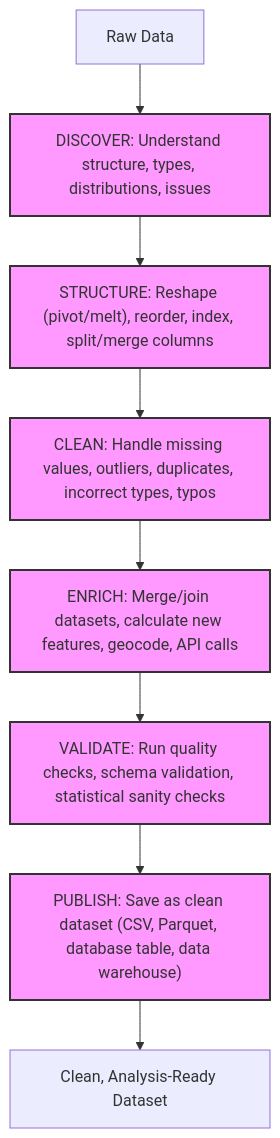
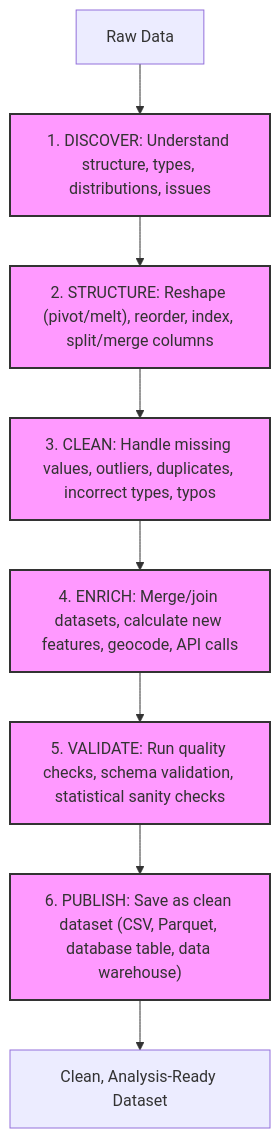
Before and after one commit to amantaya/Data-Wrangling-Guest-Lecture: the diagram in README.md, drawn with Mermaid.

Commit message:
docs: update data wrangling flowchart to include step numbers for clarity

````diff
--- a/README.md
+++ b/README.md
@@ -15,14 +15,14 @@
 ```mermaid
 flowchart TD
-    A["Raw Data"] --> B["DISCOVER: Understand structure, types, distributions, issues"]
-    B --> C["STRUCTURE: Reshape (pivot/melt), reorder, index, split/merge columns"]
-    C --> D["CLEAN: Handle missing values, outliers, duplicates, incorrect types, typos"]
-    D --> E["ENRICH: Merge/join datasets, calculate new features, geocode, API calls"]
-    E --> F["VALIDATE: Run quality checks, schema validation, statistical sanity checks"]
-    F --> G["PUBLISH: Save as clean dataset (CSV, Parquet, database table, data warehouse)"]
+    A["Raw Data"] --> B["1. DISCOVER: Understand structure, types, distributions, issues"]
+    B --> C["2. STRUCTURE: Reshape (pivot/melt), reorder, index, split/merge columns"]
+    C --> D["3. CLEAN: Handle missing values, outliers, duplicates, incorrect types, typos"]
+    D --> E["4. ENRICH: Merge/join datasets, calculate new features, geocode, API calls"]
+    E --> F["5. VALIDATE: Run quality checks, schema validation, statistical sanity checks"]
+    F --> G["6. PUBLISH: Save as clean dataset (CSV, Parquet, database table, data warehouse)"]
     G --> H["Clean, Analysis-Ready Dataset"]
 
     %% Style nodes
     classDef desc fill:#f9f,stroke:#333,stroke-width:2px;
     class B,C,D,E,F,G desc;
 ```
````
